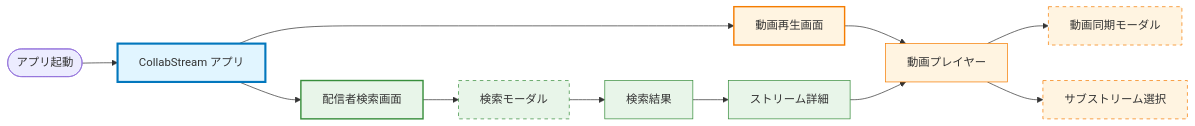
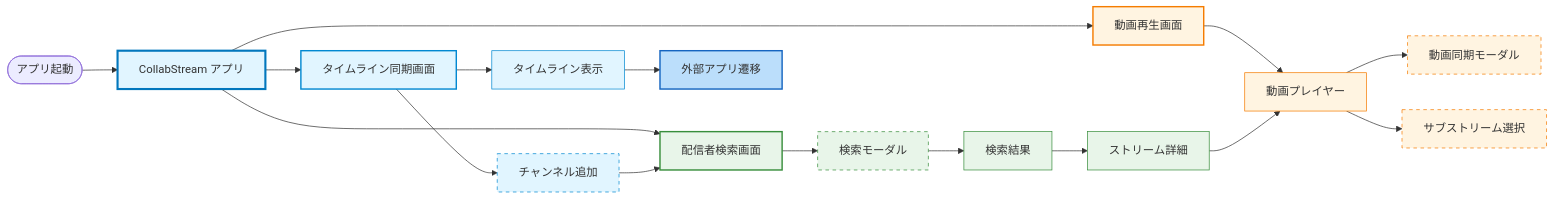
The diagram in docs/screen-navigation.md (saki0000/collab-stream), drawn with Mermaid before and after one commit. The commit also changed other lines of this file and 3 other files, not shown here.

First line of the commit message:
feat: Epic Timeline Sync - Phase 0 共通ドメイン定義

````diff
--- a/docs/screen-navigation.md
+++ b/docs/screen-navigation.md
@@ -11,36 +11,48 @@
 ```mermaid
 graph LR
     Start([アプリ起動])
 
     Start --> App[CollabStream アプリ]
 
     App --> VideoPlayback[動画再生画面]
     App --> StreamerSearch[配信者検索画面]
+    App --> TimelineSync[タイムライン同期画面]
 
     %% 動画再生機能
     VideoPlayback --> VideoPlayer[動画プレイヤー]
     VideoPlayer --> VideoSync[動画同期モーダル]
     VideoPlayer --> SubStreamModal[サブストリーム選択]
 
     %% 検索機能
     StreamerSearch --> SearchModal[検索モーダル]
     SearchModal --> SearchResults[検索結果]
     SearchResults --> StreamDetail[ストリーム詳細]
     StreamDetail --> VideoPlayer
 
+    %% タイムライン同期機能
+    TimelineSync --> TimelineView[タイムライン表示]
+    TimelineSync --> ChannelAdd[チャンネル追加]
+    TimelineView --> ExternalApp[外部アプリ遷移]
+    ChannelAdd --> StreamerSearch
+
     %% 機能領域別のスタイリング
     style App fill:#e1f5ff,stroke:#0277bd,stroke-width:3px
     style VideoPlayback fill:#fff4e1,stroke:#f57c00,stroke-width:2px
     style StreamerSearch fill:#e8f5e9,stroke:#388e3c,stroke-width:2px
+    style TimelineSync fill:#e1f5ff,stroke:#0288d1,stroke-width:2px
 
     style VideoPlayer fill:#fff4e1,stroke:#f57c00
     style VideoSync fill:#fff4e1,stroke:#f57c00
     style SubStreamModal fill:#fff4e1,stroke:#f57c00
 
     style SearchModal fill:#e8f5e9,stroke:#388e3c
     style SearchResults fill:#e8f5e9,stroke:#388e3c
     style StreamDetail fill:#e8f5e9,stroke:#388e3c
 
+    style TimelineView fill:#e1f5ff,stroke:#0288d1
+    style ChannelAdd fill:#e1f5ff,stroke:#0288d1
+    style ExternalApp fill:#bbdefb,stroke:#1565c0,stroke-width:2px
+
     classDef modal fill:#ffe0b2,stroke:#e65100,stroke-dasharray: 5 5
-    class VideoSync,SubStreamModal,SearchModal modal
+    class VideoSync,SubStreamModal,SearchModal,ChannelAdd modal
 ```
````
